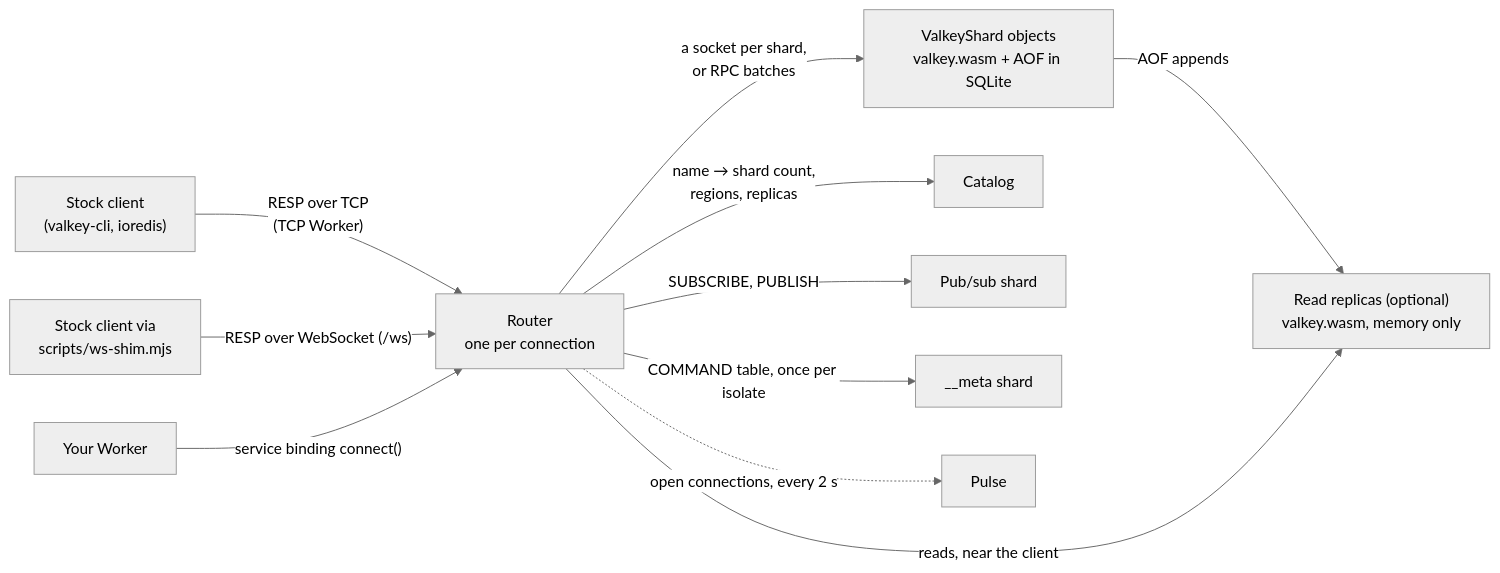
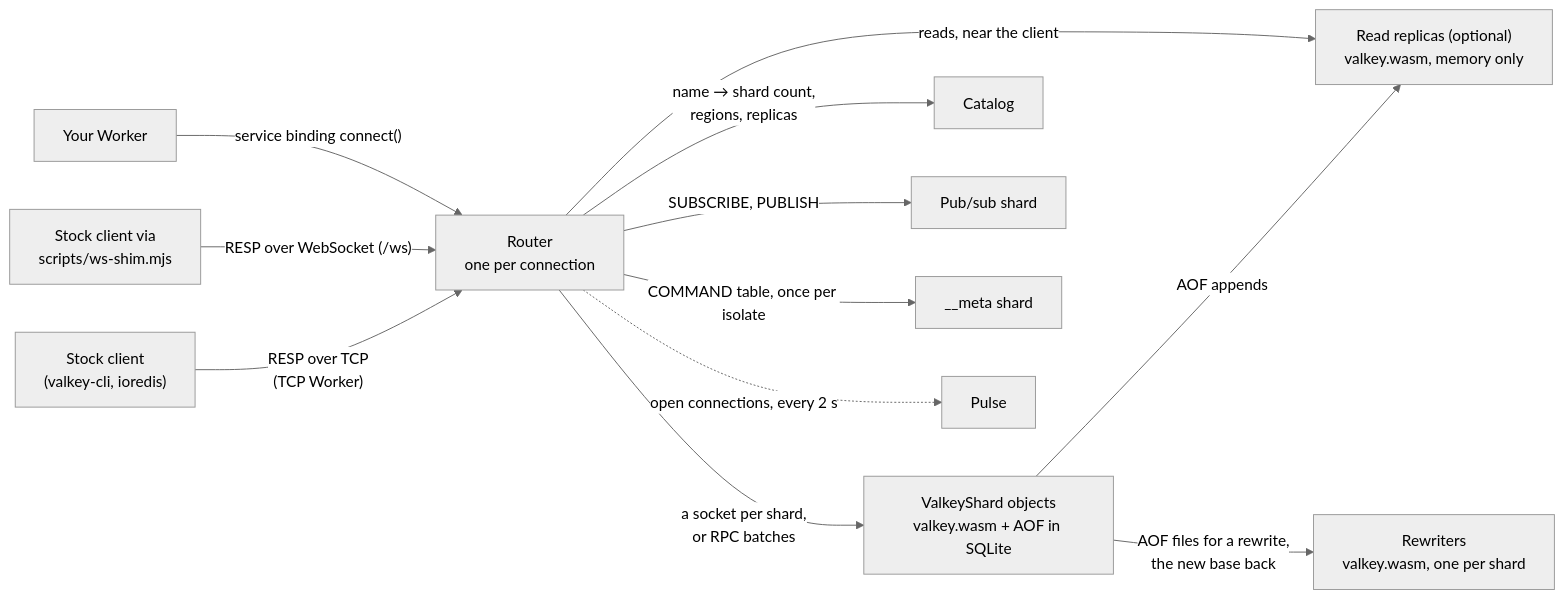
The diagram in docs/architecture.md (vaishnav-mk/vado), drawn with Mermaid (neutral theme) before and after one commit. The commit also changed other lines of this file and 4 other files, not shown here.

````diff
--- a/docs/architecture.md
+++ b/docs/architecture.md
@@ -7,13 +7,14 @@
 ```mermaid
 flowchart LR
   tcp["Stock client<br/>(valkey-cli, ioredis)"] -- "RESP over TCP<br/>(TCP Worker)" --> router
   ws["Stock client via<br/>scripts/ws-shim.mjs"] -- "RESP over WebSocket (/ws)" --> router
   app["Your Worker"] -- "service binding connect()" --> router
   router["Router<br/>one per connection"] -- "a socket per shard,<br/>or RPC batches" --> shards["ValkeyShard objects<br/>valkey.wasm + AOF in SQLite"]
   shards -- "AOF appends" --> replicas["Read replicas (optional)<br/>valkey.wasm, memory only"]
+  shards -- "AOF files for a rewrite,<br/>the new base back" --> rewriters["Rewriters<br/>valkey.wasm, one per shard"]
   router -- "reads, near the client" --> replicas
   router -- "name → shard count,<br/>regions, replicas" --> catalog["Catalog"]
   router -- "SUBSCRIBE, PUBLISH" --> pubsub["Pub/sub shard"]
   router -- "COMMAND table, once per isolate" --> meta["__meta shard"]
   router -.->|"open connections, every 2 s"| pulse["Pulse"]
 ```
````
